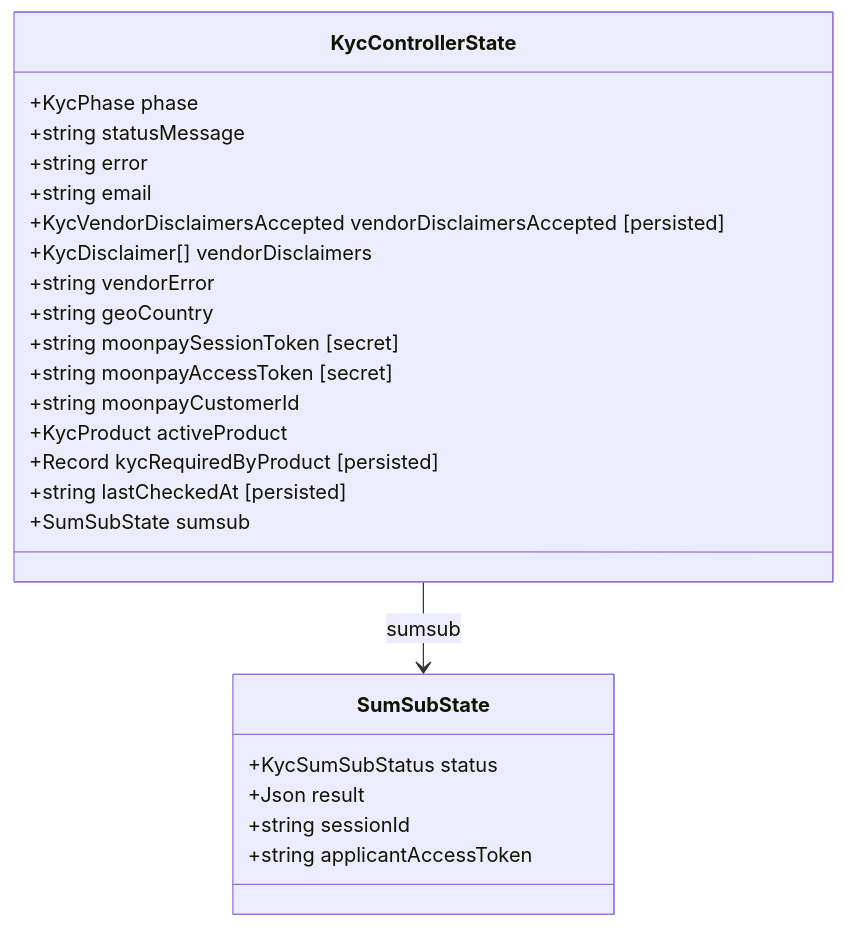
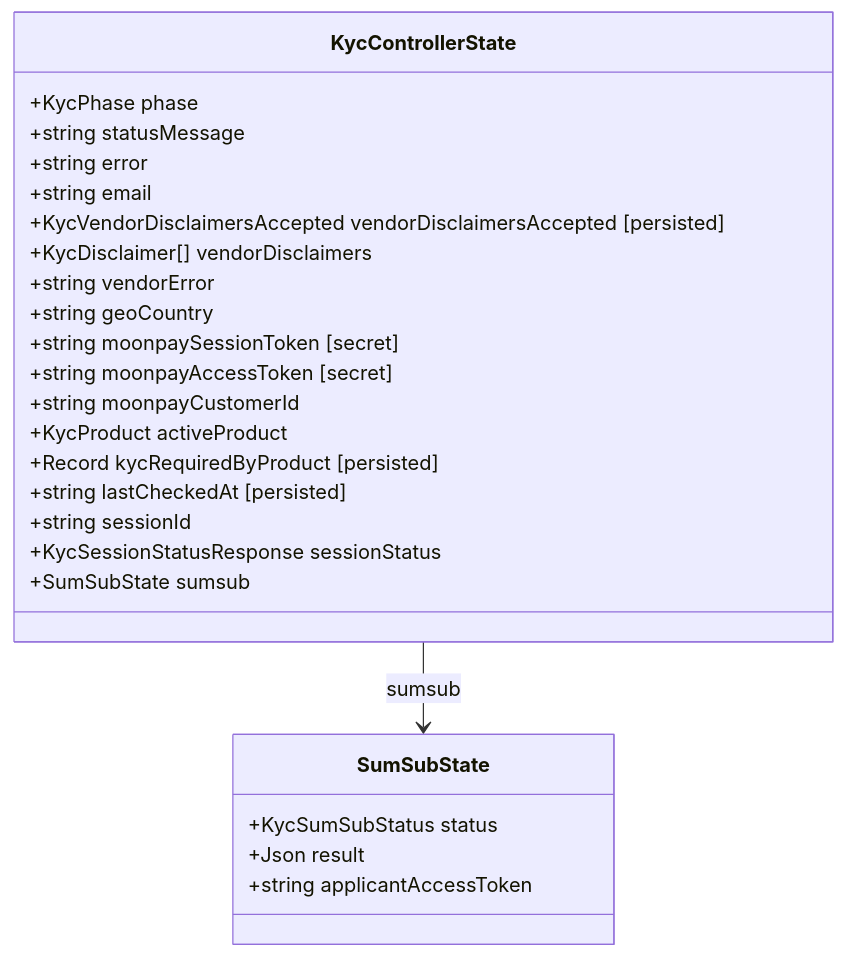
Before and after one commit to MetaMask/core: the second of 10 diagrams in packages/kyc-controller/ARCHITECTURE.md, drawn with Mermaid. The commit also changed other lines of this file and 5 other files, not shown here.

Commit message:
Combine polling loops. Write to the same sessionStatus state

````diff
--- a/packages/kyc-controller/ARCHITECTURE.md
+++ b/packages/kyc-controller/ARCHITECTURE.md
@@ -173,27 +173,28 @@
 ```mermaid
 classDiagram
     class KycControllerState {
         +KycPhase phase
         +string statusMessage
         +string error
         +string email
         +KycVendorDisclaimersAccepted vendorDisclaimersAccepted [persisted]
         +KycDisclaimer[] vendorDisclaimers
         +string vendorError
         +string geoCountry
         +string moonpaySessionToken [secret]
         +string moonpayAccessToken [secret]
         +string moonpayCustomerId
         +KycProduct activeProduct
         +Record kycRequiredByProduct [persisted]
         +string lastCheckedAt [persisted]
+        +string sessionId
+        +KycSessionStatusResponse sessionStatus
         +SumSubState sumsub
     }
     class SumSubState {
         +KycSumSubStatus status
         +Json result
-        +string sessionId
         +string applicantAccessToken
     }
     KycControllerState --> SumSubState : sumsub
 ```
````
